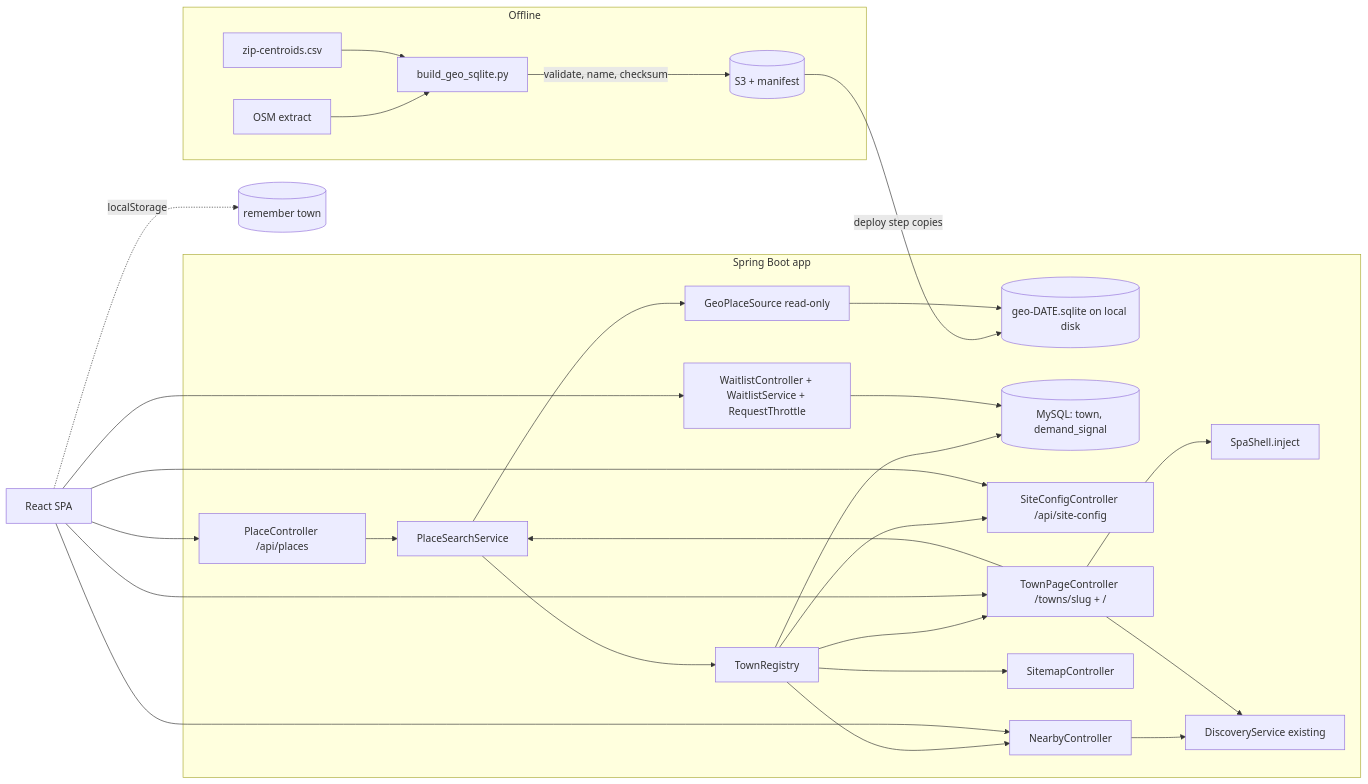
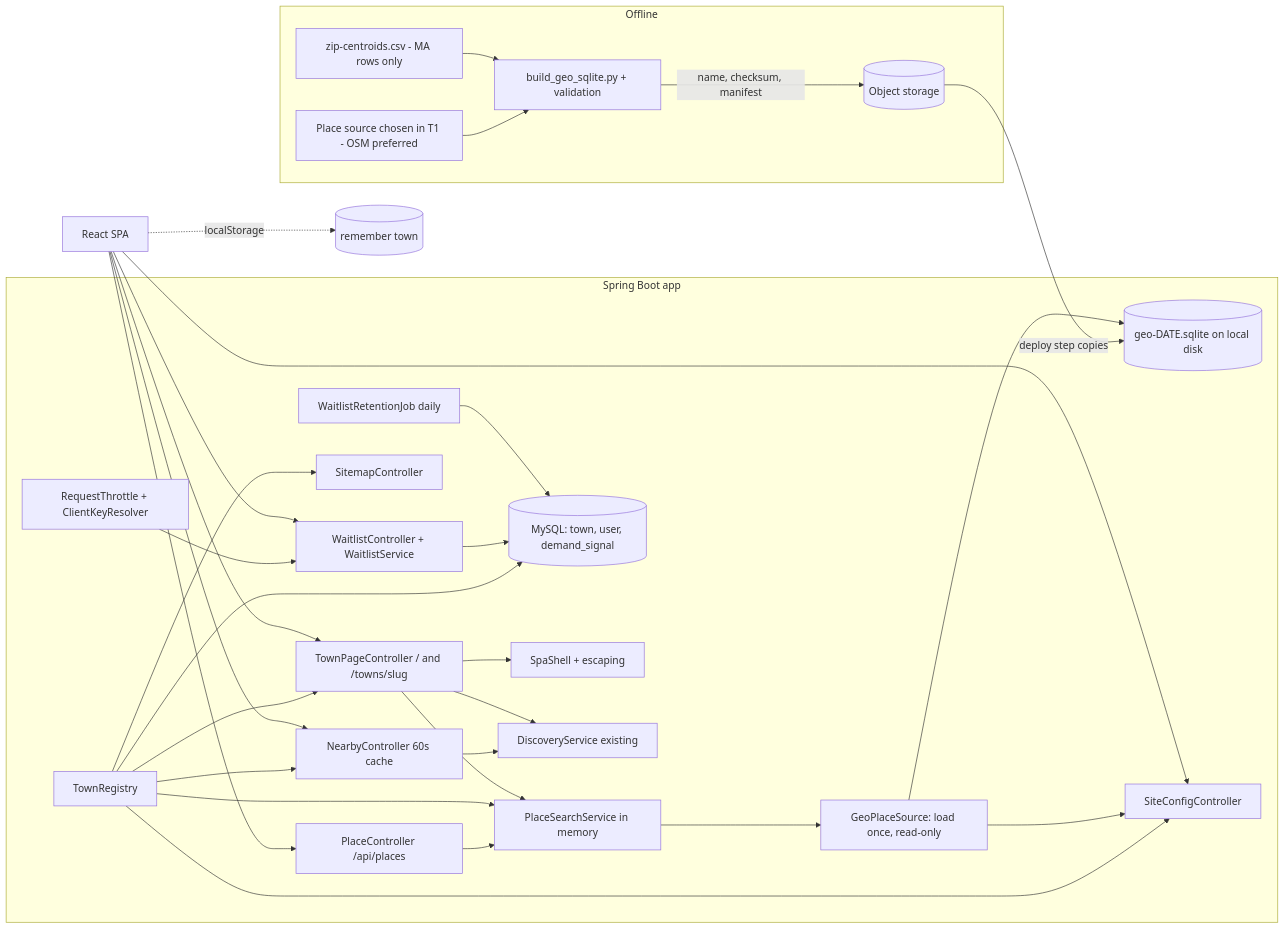
One commit to saravapalli/arang changed the second of 5 diagrams in docs/p2.1-town-entry/sdd.md. Above: the diagram before and after it, drawn with Mermaid. The commit also changed other lines of this file and 7 other files, not shown here.

````diff
--- a/docs/p2.1-town-entry/sdd.md
+++ b/docs/p2.1-town-entry/sdd.md
@@ -290,26 +363,27 @@
 ```mermaid
 flowchart LR
   subgraph Offline
-    OSM[OSM extract] --> BUILD[build_geo_sqlite.py]
-    ZIP[zip-centroids.csv] --> BUILD
-    BUILD -->|validate, name, checksum| S3[(S3 + manifest)]
+    SRC[Place source chosen in T1 - OSM preferred] --> BUILD[build_geo_sqlite.py + validation]
+    ZIP[zip-centroids.csv - MA rows only] --> BUILD
+    BUILD -->|name, checksum, manifest| S3[(Object storage)]
   end
   S3 -->|deploy step copies| FILE[(geo-DATE.sqlite on local disk)]
   subgraph "Spring Boot app"
-    GPS[GeoPlaceSource read-only] --> FILE
-    PSS[PlaceSearchService] --> GPS
+    GPS[GeoPlaceSource: load once, read-only] --> FILE
+    PSS[PlaceSearchService in memory] --> GPS
     PC[PlaceController /api/places] --> PSS
-    TR[TownRegistry] --> MYSQL[(MySQL: town, demand_signal)]
-    SC[SiteConfigController /api/site-config]
-    TP[TownPageController /towns/slug + /] --> SHELL[SpaShell.inject]
+    TR[TownRegistry] --> MYSQL[(MySQL: town, user, demand_signal)]
+    SC[SiteConfigController]
+    TP[TownPageController / and /towns/slug] --> SHELL[SpaShell + escaping]
     SM[SitemapController]
-    WL[WaitlistController + WaitlistService + RequestThrottle] --> MYSQL
-    NB[NearbyController] --> DISC[DiscoveryService existing]
-    TR --> SC & TP & SM & NB
-    PSS --> TR
-    TP --> PSS
-    TP --> DISC
+    WL[WaitlistController + WaitlistService] --> MYSQL
+    TH[RequestThrottle + ClientKeyResolver] --> WL
+    RJ[WaitlistRetentionJob daily] --> MYSQL
+    NB[NearbyController 60s cache] --> DISC[DiscoveryService existing]
+    TR --> SC & TP & SM & NB & PSS
+    GPS --> SC
+    TP --> PSS & DISC
   end
   SPA[React SPA] --> PC & SC & WL & NB & TP
   SPA -. localStorage .-> BROWSER[(remember town)]
 ```
````
